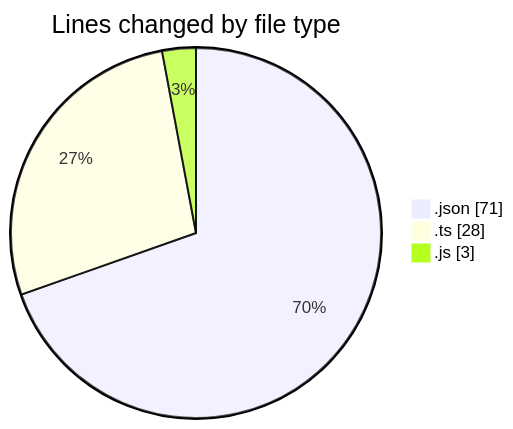
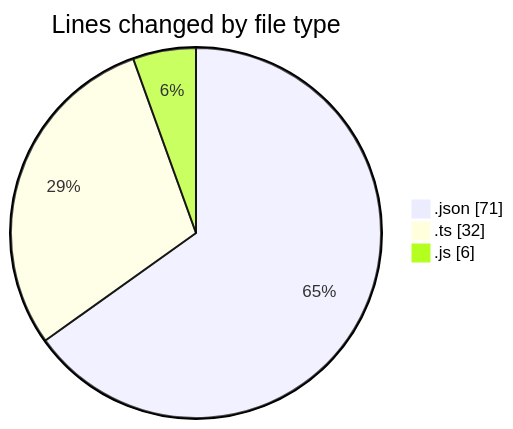
Before and after one commit to momahboobian/code-tracking: the first of 2 diagrams in 2025-02-06/cda/README.md, drawn with Mermaid. The commit also changed other lines of this file and 1 other file, not shown here.

````diff
--- a/2025-02-06/cda/README.md
+++ b/2025-02-06/cda/README.md
@@ -22,7 +22,7 @@
 ```mermaid
 pie showData
 title Lines changed by file type
 ".json" : 71
-".ts" : 28
-".js" : 3
+".ts" : 32
+".js" : 6
 ```
````
